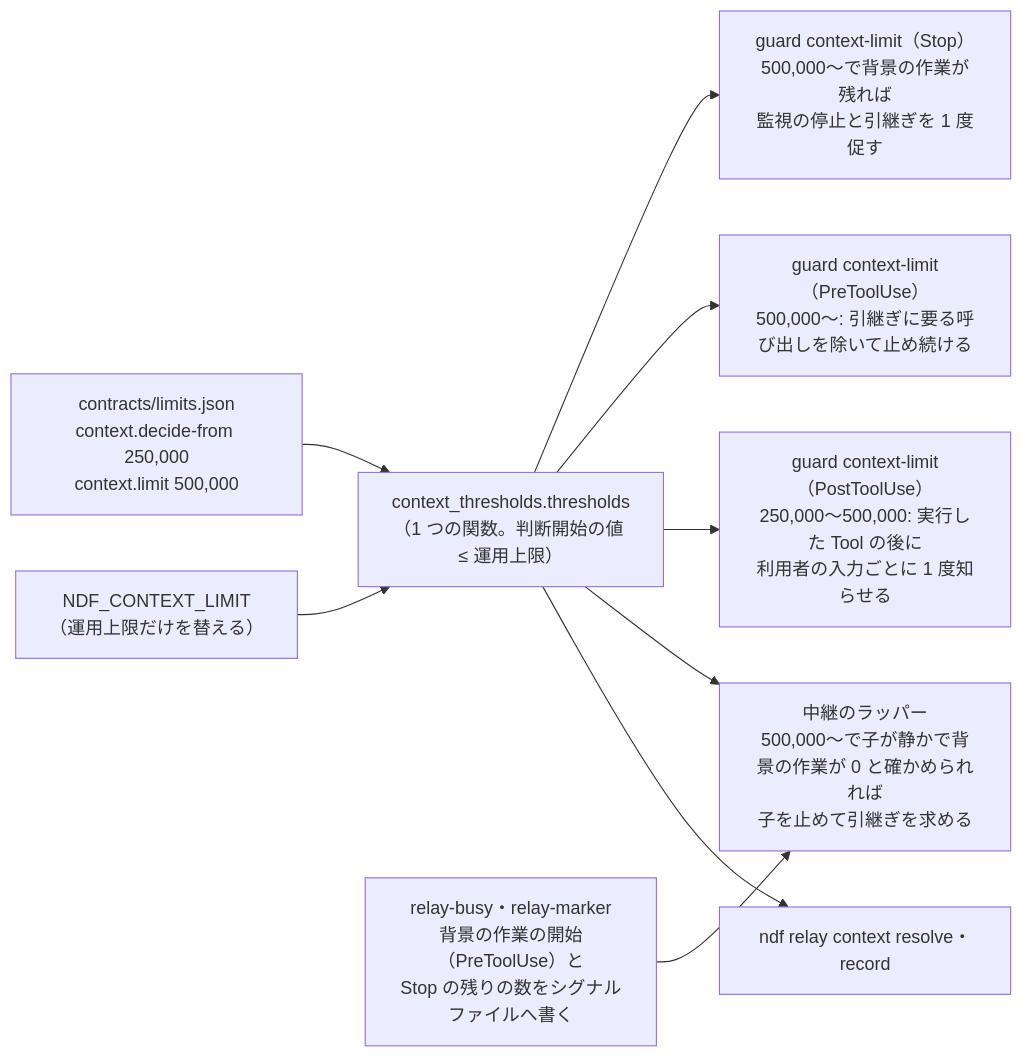
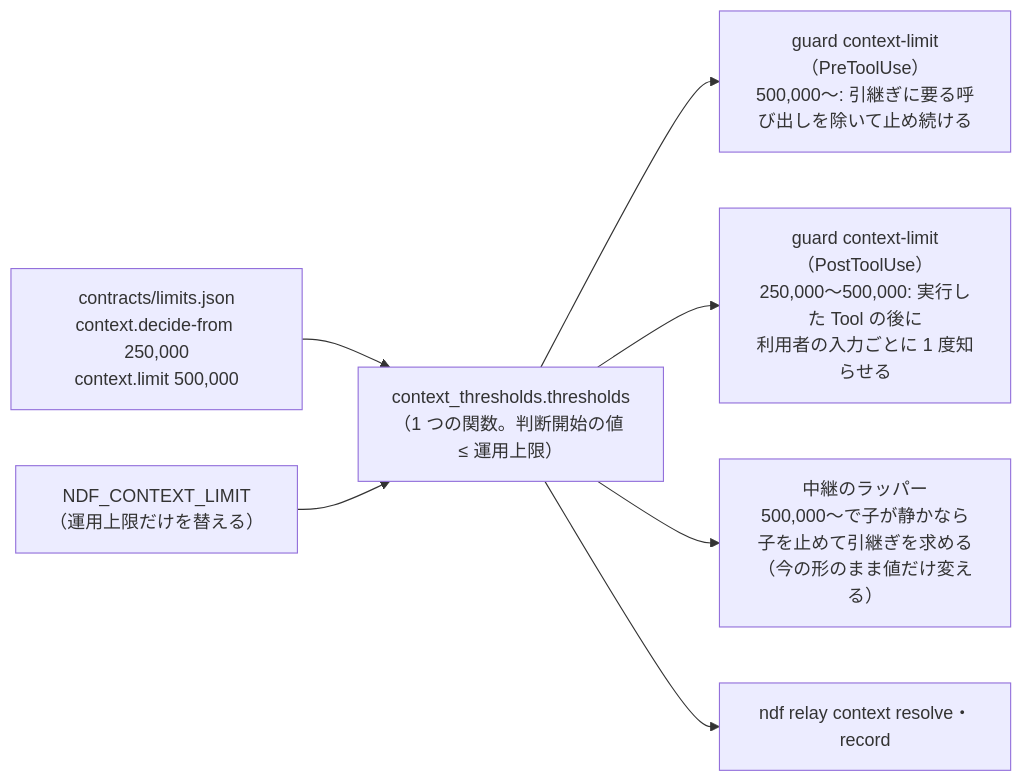
The second of 3 diagrams in issues/issue-3995-design.md (devbasex/ai-plugins), drawn with Mermaid before and after one commit. The commit also changed other lines of this file and 2 other files, not shown here.

````diff
--- a/issues/issue-3995-design.md
+++ b/issues/issue-3995-design.md
@@ -63,20 +60,16 @@
 ```mermaid
 flowchart LR
   L["contracts/limits.json<br>context.decide-from 250,000<br>context.limit 500,000"]
   E["NDF_CONTEXT_LIMIT<br>（運用上限だけを替える）"]
   T["context_thresholds.thresholds<br>（1 つの関数。判断開始の値 ≤ 運用上限）"]
   G1["guard context-limit（PreToolUse）<br>500,000〜: 引継ぎに要る呼び出しを除いて止め続ける"]
   G2["guard context-limit（PostToolUse）<br>250,000〜500,000: 実行した Tool の後に<br>利用者の入力ごとに 1 度知らせる"]
-  W["中継のラッパー<br>500,000〜で子が静かで背景の作業が 0 と確かめられれば<br>子を止めて引継ぎを求める"]
-  B["relay-busy・relay-marker<br>背景の作業の開始（PreToolUse）と<br>Stop の残りの数をシグナルファイルへ書く"]
-  G3["guard context-limit（Stop）<br>500,000〜で背景の作業が残れば<br>監視の停止と引継ぎを 1 度促す"]
-  T --> G3
-  B --> W
+  W["中継のラッパー<br>500,000〜で子が静かなら子を止めて引継ぎを求める<br>（今の形のまま値だけ変える）"]
   R["ndf relay context resolve・record"]
   L --> T
   E --> T
   T --> G1
   T --> G2
   T --> W
   T --> R
 ```
````
